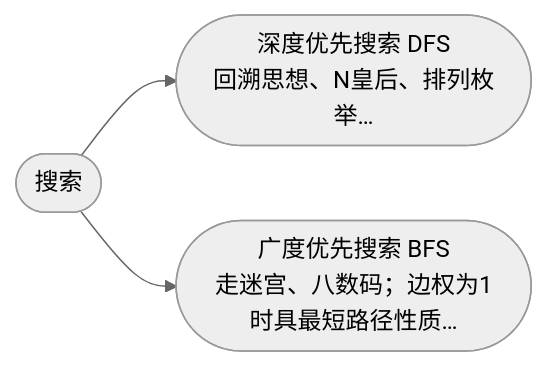
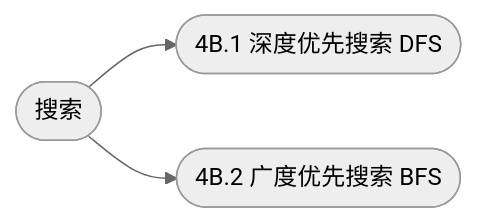
The diagram in 4B-搜索/index.md (cuberxl/Coders-Note), drawn with Mermaid (neutral theme) before and after one commit. The commit also changed other lines of this file and 153 other files, not shown here.

````diff
--- a/4B-搜索/index.md
+++ b/4B-搜索/index.md
@@ -22,6 +22,6 @@
 ```mermaid
 flowchart LR
     R(["搜索"])
-    R --> N1(["深度优先搜索 DFS<br/>回溯思想、N皇后、排列枚举…"])
-    R --> N2(["广度优先搜索 BFS<br/>走迷宫、八数码；边权为1时具最短路径性质…"])
+    R --> N1(["4B.1 深度优先搜索 DFS"])
+    R --> N2(["4B.2 广度优先搜索 BFS"])
 ```
````
